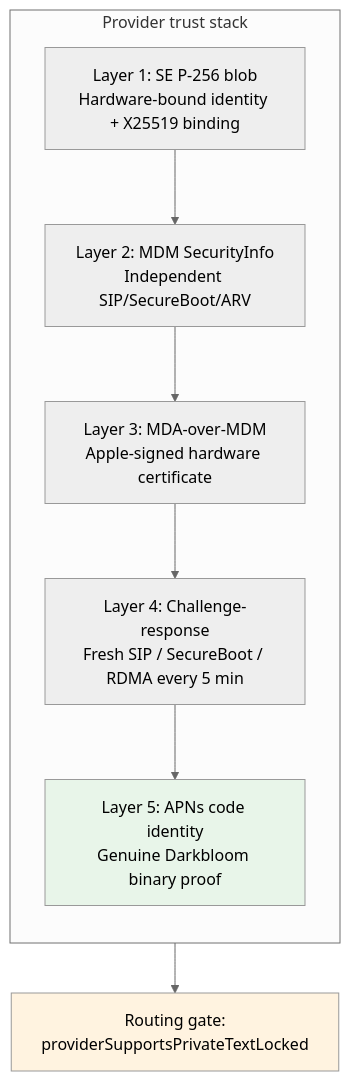
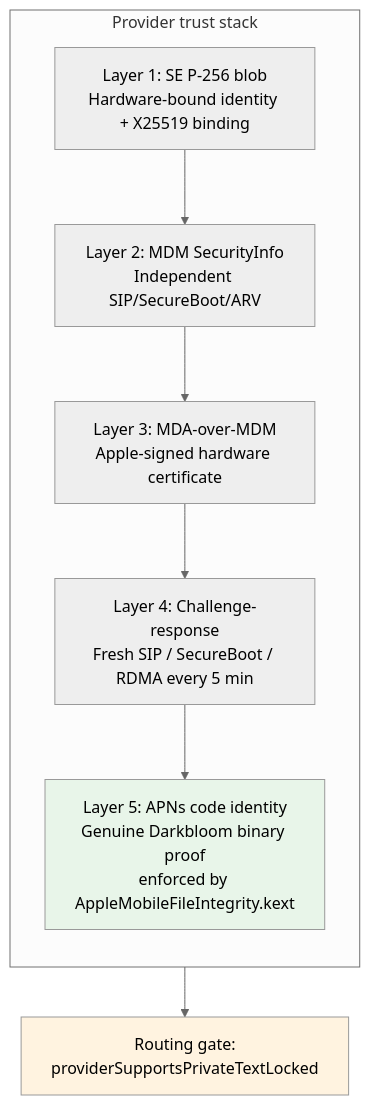
One commit to Layr-Labs/d-inference changed the diagram in docs/assets/diagrams/attestation-layers.mmd. Above: the diagram before and after it, drawn with Mermaid (neutral theme). The commit also changed 8 other files, not shown here.

First line of the commit message:
docs/paper: add APNs code-identity diagram and AMFI mapping

```diff
--- a/docs/assets/diagrams/attestation-layers.mmd
+++ b/docs/assets/diagrams/attestation-layers.mmd
@@ -1,20 +1,20 @@
 flowchart TB
     subgraph layers["Provider trust stack"]
         direction TB
-        L5["Layer 5: APNs code identity<br/>Genuine Darkbloom binary proof"]
+        L5["Layer 5: APNs code identity<br/>Genuine Darkbloom binary proof<br/>enforced by AppleMobileFileIntegrity.kext"]
         L4["Layer 4: Challenge-response<br/>Fresh SIP / SecureBoot / RDMA every 5 min"]
         L3["Layer 3: MDA-over-MDM<br/>Apple-signed hardware certificate"]
         L2["Layer 2: MDM SecurityInfo<br/>Independent SIP/SecureBoot/ARV"]
         L1["Layer 1: SE P-256 blob<br/>Hardware-bound identity + X25519 binding"]
     end
 
     L1 --> L2
     L2 --> L3
     L3 --> L4
     L4 --> L5
 
     Gate["Routing gate:<br/>providerSupportsPrivateTextLocked"]
     L5 --> Gate
 
     style L5 fill:#e8f5e9
     style Gate fill:#fff3e0
```
